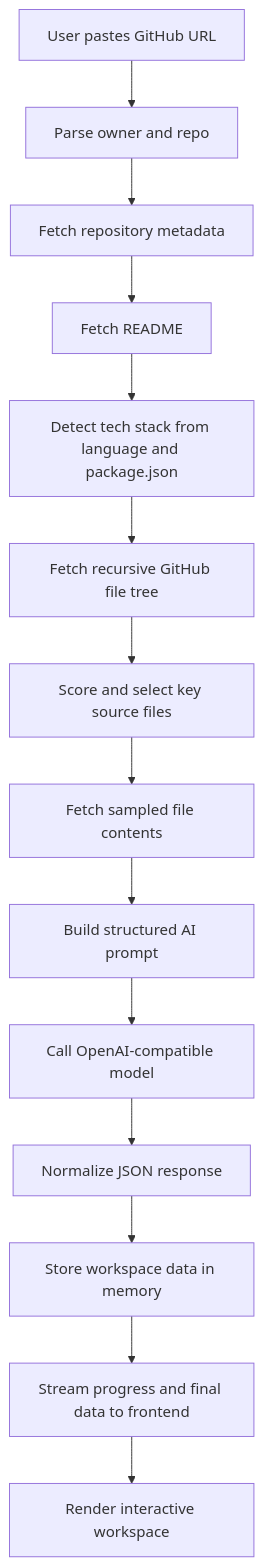
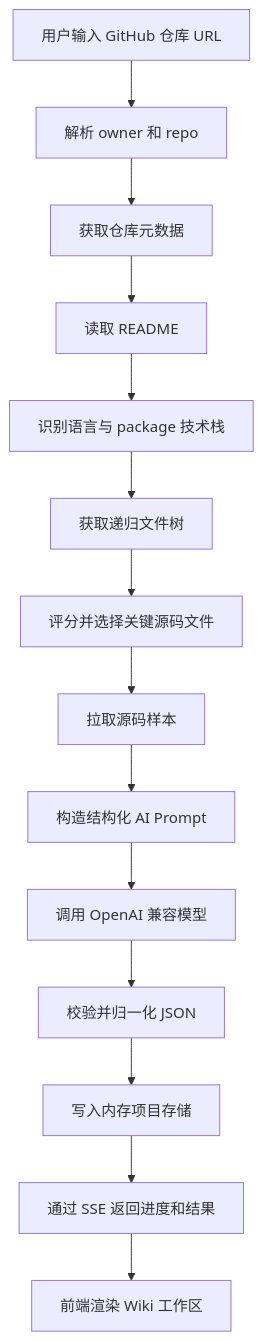
Before and after one commit to dakjdakd/openwiki: the diagram in README.md, drawn with Mermaid. The commit also changed other lines of this file and 2 other files, not shown here.

````diff
--- a/README.md
+++ b/README.md
@@ -242,16 +106,16 @@
 ```mermaid
 flowchart TD
-    A[User pastes GitHub URL] --> B[Parse owner and repo]
-    B --> C[Fetch repository metadata]
-    C --> D[Fetch README]
-    D --> E[Detect tech stack from language and package.json]
-    E --> F[Fetch recursive GitHub file tree]
-    F --> G[Score and select key source files]
-    G --> H[Fetch sampled file contents]
-    H --> I[Build structured AI prompt]
-    I --> J[Call OpenAI-compatible model]
-    J --> K[Normalize JSON response]
-    K --> L[Store workspace data in memory]
-    L --> M[Stream progress and final data to frontend]
-    M --> N[Render interactive workspace]
+    A[用户输入 GitHub 仓库 URL] --> B[解析 owner 和 repo]
+    B --> C[获取仓库元数据]
+    C --> D[读取 README]
+    D --> E[识别语言与 package 技术栈]
+    E --> F[获取递归文件树]
+    F --> G[评分并选择关键源码文件]
+    G --> H[拉取源码样本]
+    H --> I[构造结构化 AI Prompt]
+    I --> J[调用 OpenAI 兼容模型]
+    J --> K[校验并归一化 JSON]
+    K --> L[写入内存项目存储]
+    L --> M[通过 SSE 返回进度和结果]
+    M --> N[前端渲染 Wiki 工作区]
 ```
````
